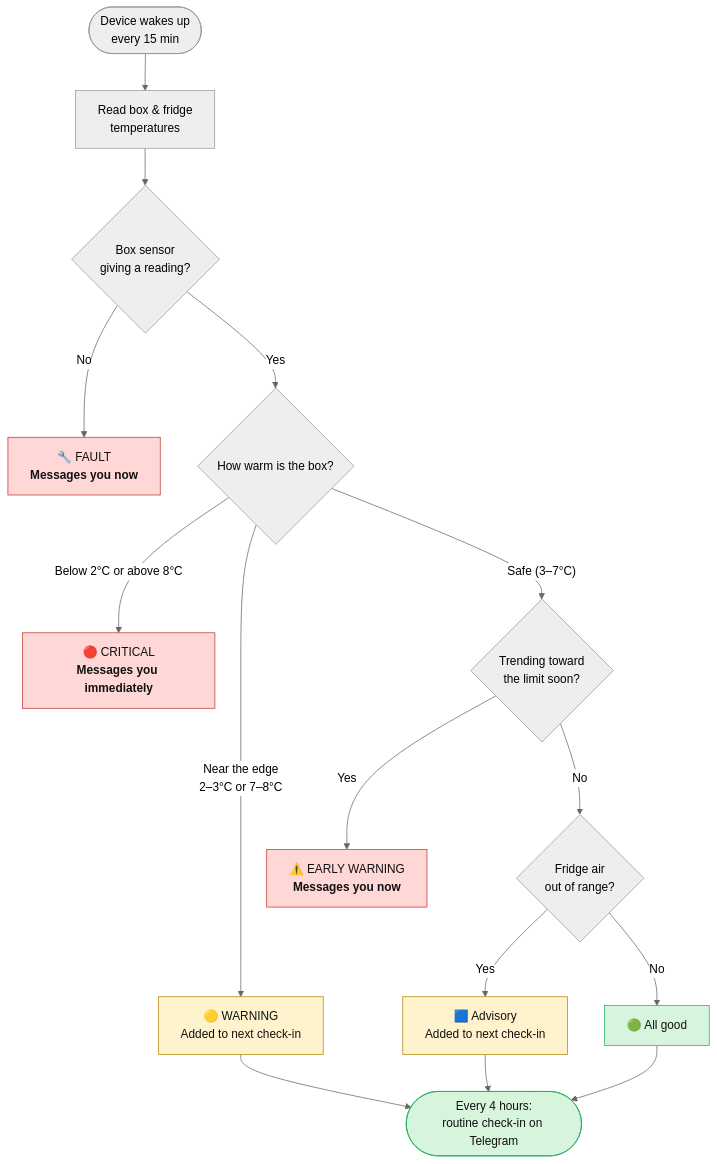
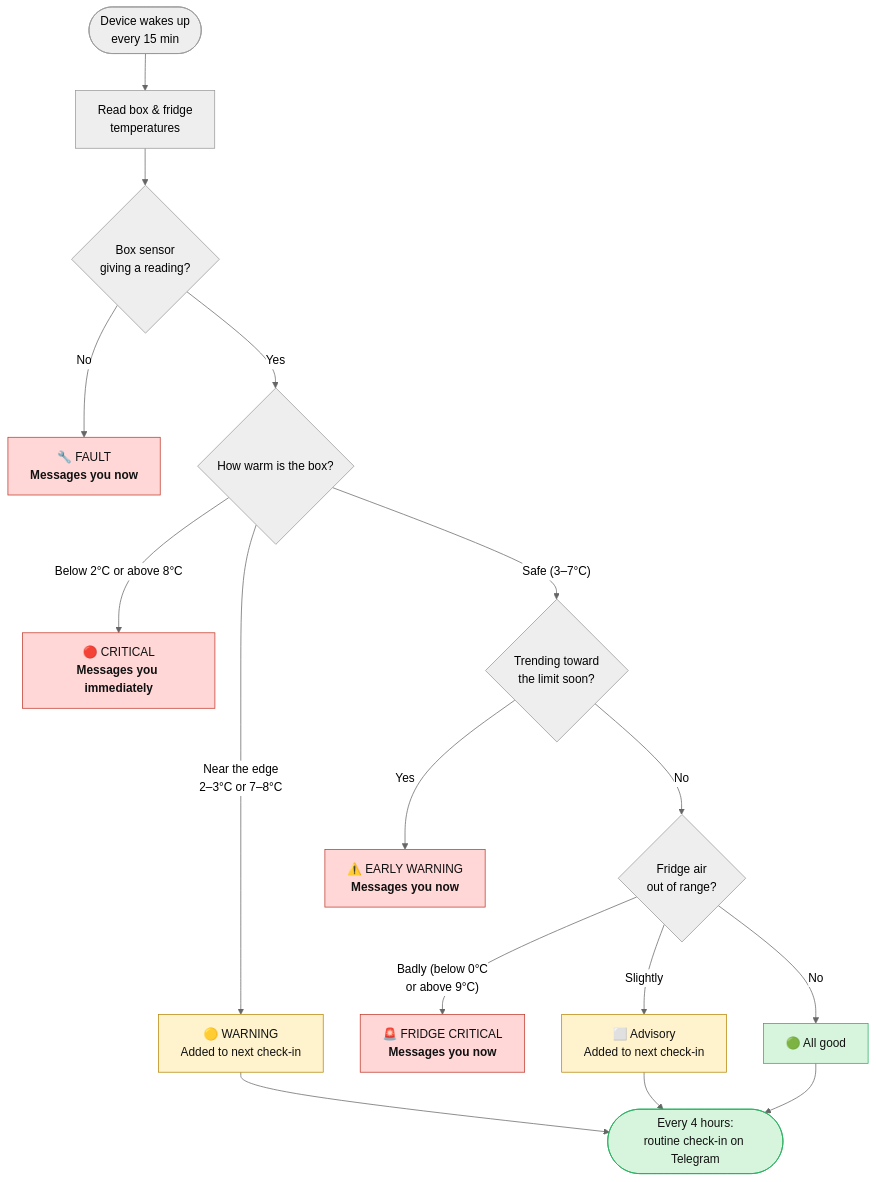
Before and after one commit to InsulinGuy/Telegram_Fridge_V1: the diagram in README.md, drawn with Mermaid (neutral theme). The commit also changed other lines of this file and 7 other files, not shown here.

````diff
--- a/README.md
+++ b/README.md
@@ -40,24 +43,25 @@
 ```mermaid
 flowchart TD
     A([Device wakes up<br/>every 15 min]) --> B[Read box &amp; fridge<br/>temperatures]
     B --> C{Box sensor<br/>giving a reading?}
     C -- No --> F["🔧 FAULT<br/><b>Messages you now</b>"]
     C -- Yes --> D{How warm is the box?}
     D -- "Below 2°C or above 8°C" --> R["🔴 CRITICAL<br/><b>Messages you immediately</b>"]
     D -- "Near the edge<br/>2–3°C or 7–8°C" --> Y["🟡 WARNING<br/>Added to next check-in"]
     D -- "Safe (3–7°C)" --> P{Trending toward<br/>the limit soon?}
     P -- Yes --> E["⚠️ EARLY WARNING<br/><b>Messages you now</b>"]
     P -- No --> G{Fridge air<br/>out of range?}
-    G -- Yes --> Adv["🟦 Advisory<br/>Added to next check-in"]
+    G -- "Badly (below 0°C<br/>or above 9°C)" --> AdvC["🚨 FRIDGE CRITICAL<br/><b>Messages you now</b>"]
+    G -- "Slightly" --> Adv["⬜ Advisory<br/>Added to next check-in"]
     G -- No --> OK["🟢 All good"]
     OK --> S([Every 4 hours:<br/>routine check-in on Telegram])
     Y --> S
     Adv --> S
 
     classDef now fill:#ffd7d7,stroke:#c0392b,color:#111;
     classDef soft fill:#fff3cd,stroke:#b8860b,color:#111;
     classDef good fill:#d7f5dd,stroke:#27ae60,color:#111;
-    class R,E,F now;
+    class R,E,F,AdvC now;
     class Y,Adv soft;
     class OK,S good;
 ```
````
